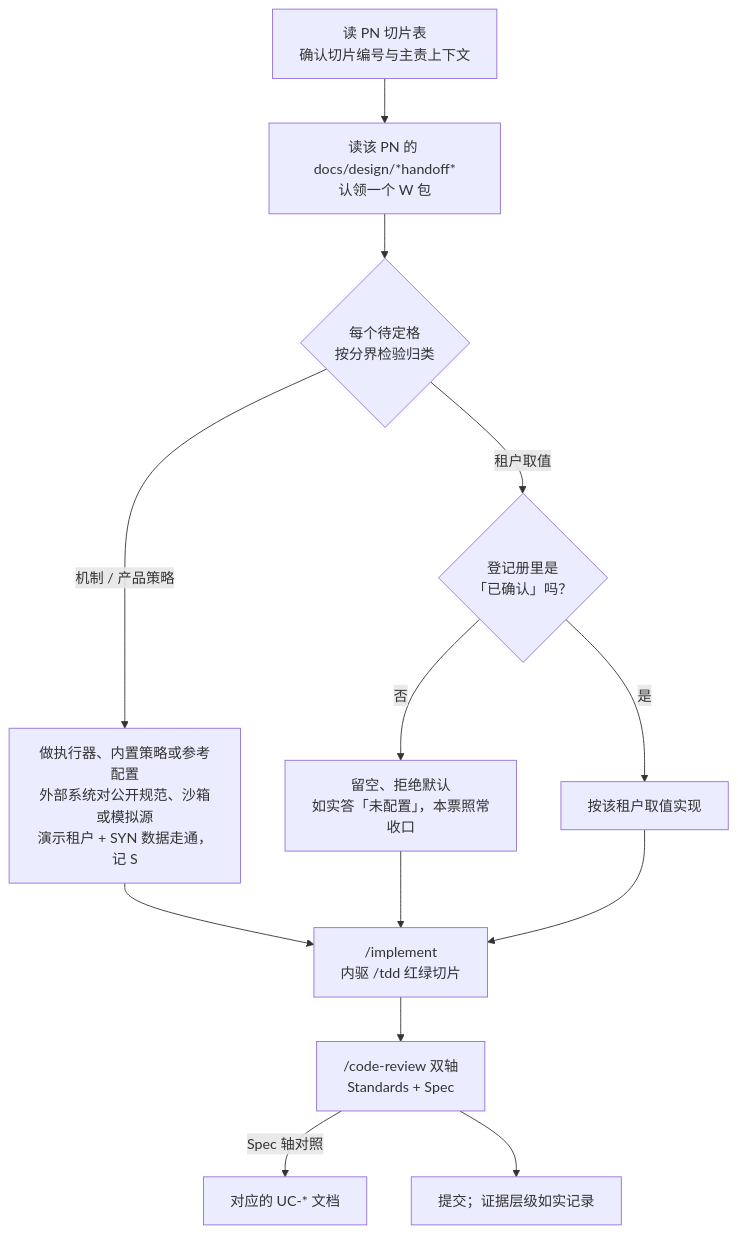
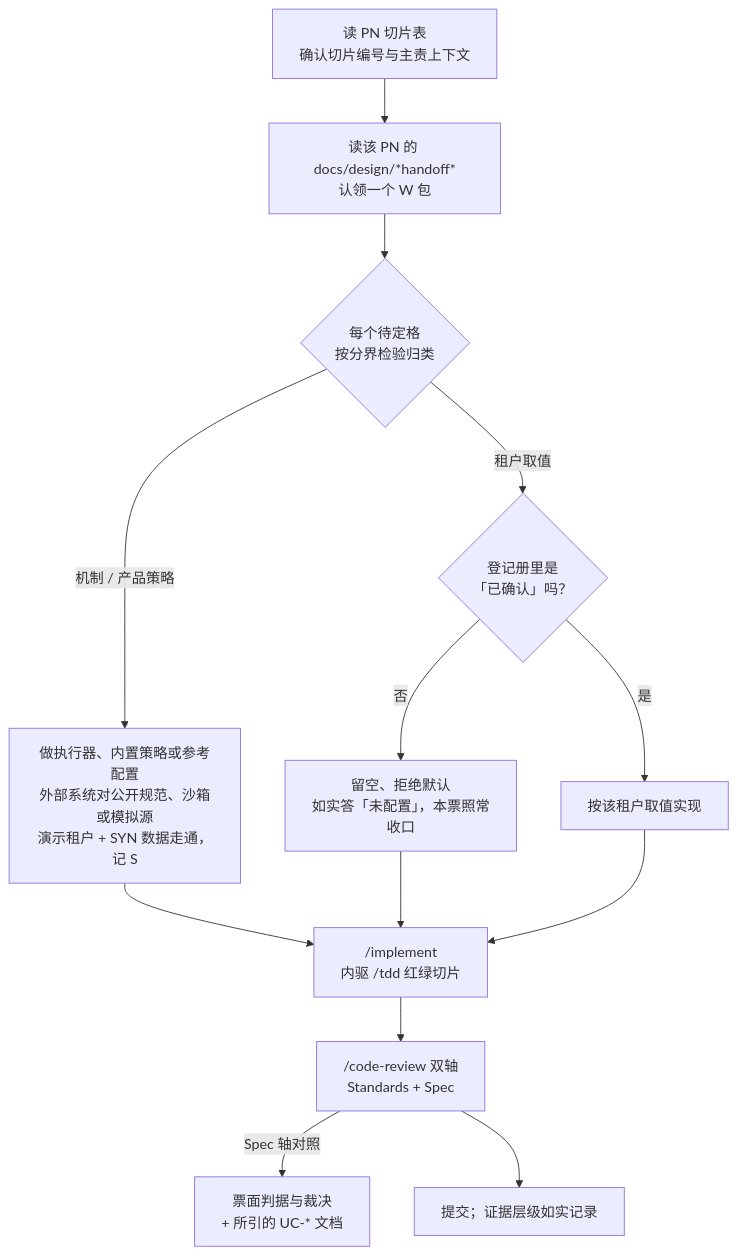
The diagram in docs/agents/workflow.md (idp-xyz/idp-parcel), drawn with Mermaid before and after one commit. The commit also changed other lines of this file and 3 other files, not shown here.

````diff
--- a/docs/agents/workflow.md
+++ b/docs/agents/workflow.md
@@ -35,15 +35,15 @@
 ```mermaid
 flowchart TD
     slice["读 PN 切片表<br/>确认切片编号与主责上下文"] --> pack["读该 PN 的 docs/design/*handoff*<br/>认领一个 W 包"]
     pack --> classify{"每个待定格<br/>按分界检验归类"}
     classify -- 机制 / 产品策略 --> build["做执行器、内置策略或参考配置<br/>外部系统对公开规范、沙箱或模拟源<br/>演示租户 + SYN 数据走通，记 S"]
     classify -- 租户取值 --> confirmed{"登记册里是<br/>「已确认」吗？"}
     confirmed -- 否 --> unconfigured["留空、拒绝默认<br/>如实答「未配置」，本票照常收口"]
     confirmed -- 是 --> real["按该租户取值实现"]
     build --> implement["/implement<br/>内驱 /tdd 红绿切片"]
     unconfigured --> implement
     real --> implement
     implement --> review["/code-review 双轴<br/>Standards + Spec"]
-    review -- Spec 轴对照 --> usecase["对应的 UC-* 文档"]
+    review -- Spec 轴对照 --> usecase["票面判据与裁决<br/>+ 所引的 UC-* 文档"]
     review --> commit["提交；证据层级如实记录"]
 ```
````
